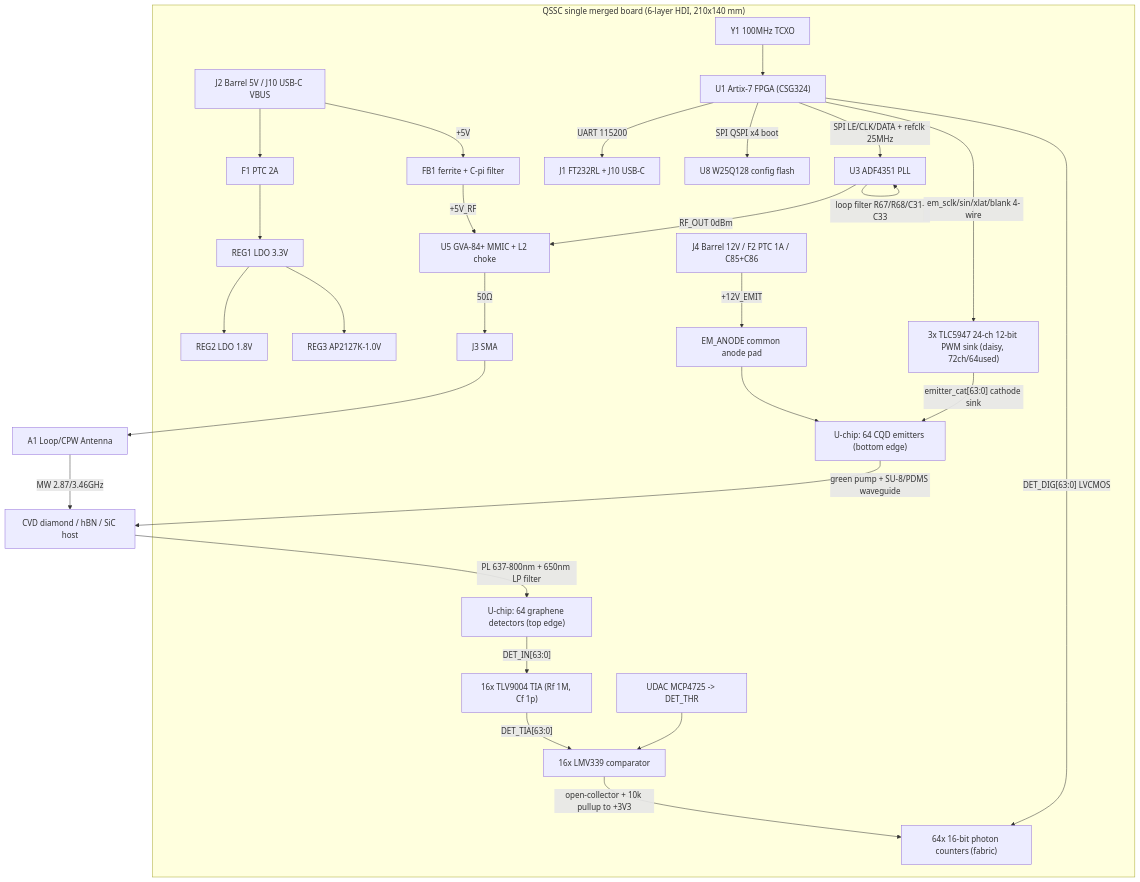
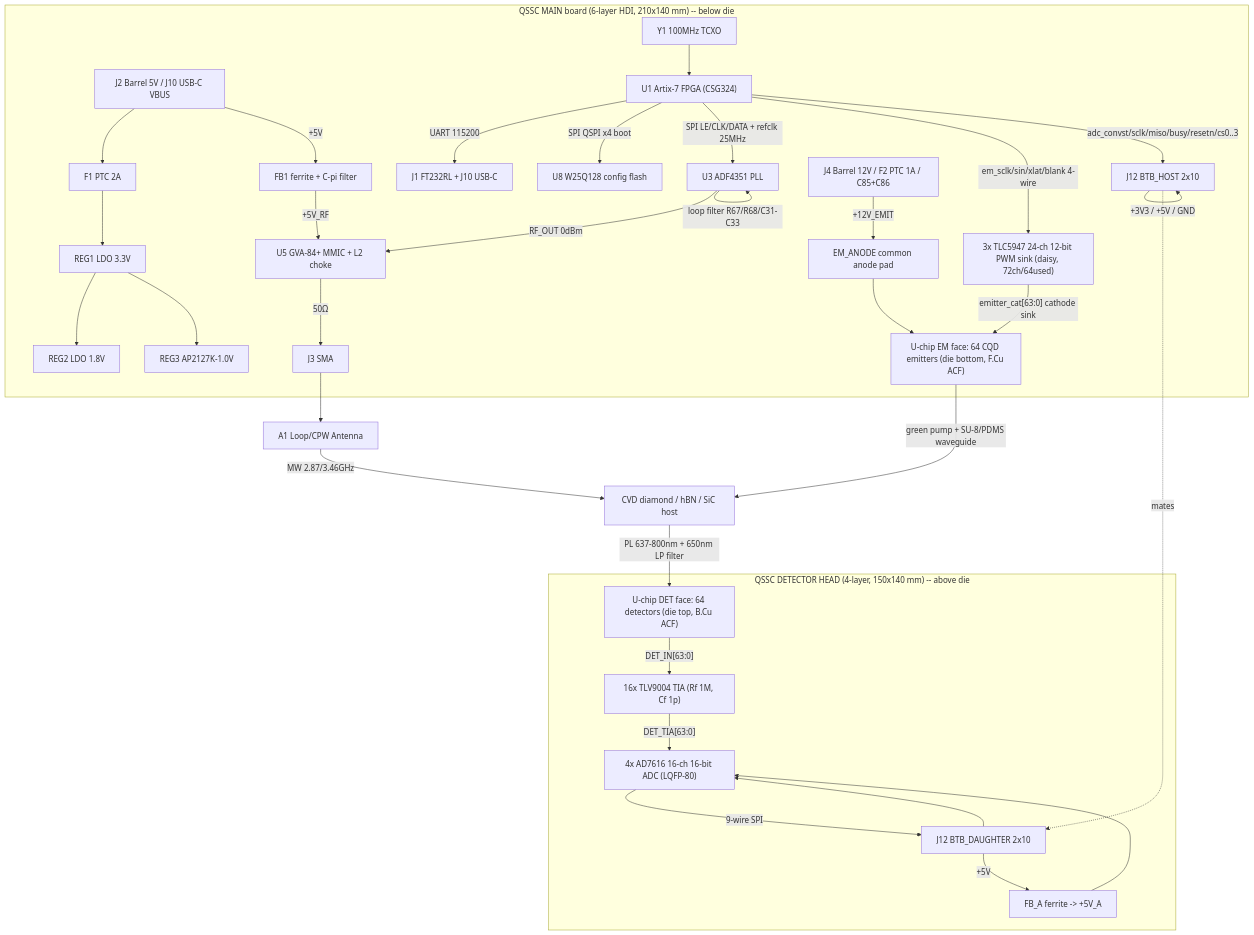
One commit to VABISMO/QSSC changed the first of 2 diagrams in hardware/HARDWARE_DESIGN.md. Above: the diagram before and after it, drawn with Mermaid. The commit also changed other lines of this file and 4 other files, not shown here.

````diff
--- a/hardware/HARDWARE_DESIGN.md
+++ b/hardware/HARDWARE_DESIGN.md
@@ -122,30 +158,36 @@
 ```mermaid
 flowchart TD
-    subgraph Board["QSSC single merged board (6-layer HDI, 210x140 mm)"]
+    subgraph Main["QSSC MAIN board (6-layer HDI, 210x140 mm) -- below die"]
         J2["J2 Barrel 5V / J10 USB-C VBUS"] --> F1["F1 PTC 2A"] --> REG1["REG1 LDO 3.3V"]
         REG1 --> REG2["REG2 LDO 1.8V"]
         REG1 --> REG3["REG3 AP2127K-1.0V"]
         J2 -->|"+5V"| FB1["FB1 ferrite + C-pi filter"]
         Y1["Y1 100MHz TCXO"] --> U1["U1 Artix-7 FPGA (CSG324)"]
         U1 -->|"UART 115200"| J1["J1 FT232RL + J10 USB-C"]
         U1 -->|"SPI QSPI x4 boot"| W25["U8 W25Q128 config flash"]
         U1 -->|"SPI LE/CLK/DATA + refclk 25MHz"| U3["U3 ADF4351 PLL"]
         U3 -->|"loop filter R67/R68/C31-C33"| U3
         U3 -->|"RF_OUT 0dBm"| U5["U5 GVA-84+ MMIC + L2 choke"]
         FB1 -->|"+5V_RF"| U5
         U5 -->|"50Ω"| J3["J3 SMA"]
         U1 -->|"em_sclk/sin/xlat/blank 4-wire"| TLC["3x TLC5947 24-ch 12-bit PWM sink (daisy, 72ch/64used)"]
         J4["J4 Barrel 12V / F2 PTC 1A / C85+C86"] -->|"+12V_EMIT"| ANODE["EM_ANODE common anode pad"]
-        TLC -->|"emitter_cat[63:0] cathode sink"| CHIP_EM["U-chip: 64 CQD emitters (bottom edge)"]
+        TLC -->|"emitter_cat[63:0] cathode sink"| CHIP_EM["U-chip EM face: 64 CQD emitters (die bottom, F.Cu ACF)"]
         ANODE --> CHIP_EM
-        U1 -->|"DET_DIG[63:0] LVCMOS"| CNT["64x 16-bit photon counters (fabric)"]
-        DET["U-chip: 64 graphene detectors (top edge)"] -->|"DET_IN[63:0]"| TIA["16x TLV9004 TIA (Rf 1M, Cf 1p)"]
-        TIA -->|"DET_TIA[63:0]"| CMP["16x LMV339 comparator"]
-        DAC["UDAC MCP4725 -> DET_THR"] --> CMP
-        CMP -->|"open-collector + 10k pullup to +3V3"| CNT
+        U1 -->|"adc_convst/sclk/miso/busy/resetn/cs0..3"| J12H["J12 BTB_HOST 2x10"]
+        J12H -->|"+3V3 / +5V / GND"| J12H
     end
+    subgraph Head["QSSC DETECTOR HEAD (4-layer, 150x140 mm) -- above die"]
+        J12D["J12 BTB_DAUGHTER 2x10"] --> ADC["4x AD7616 16-ch 16-bit ADC (LQFP-80)"]
+        J12D -->|"+5V"| FBA["FB_A ferrite -> +5V_A"]
+        FBA --> ADC
+        ADC -->|"9-wire SPI"| J12D
+        DET["U-chip DET face: 64 detectors (die top, B.Cu ACF)"] -->|"DET_IN[63:0]"| TIA["16x TLV9004 TIA (Rf 1M, Cf 1p)"]
+        TIA -->|"DET_TIA[63:0]"| ADC
+    end
+    J12H -.->|"mates"| J12D
     J3 --> A1["A1 Loop/CPW Antenna"]
     A1 -->|"MW 2.87/3.46GHz"| Sub["CVD diamond / hBN / SiC host"]
     CHIP_EM -->|"green pump + SU-8/PDMS waveguide"| Sub
     Sub -->|"PL 637-800nm + 650nm LP filter"| DET
 ```
````
